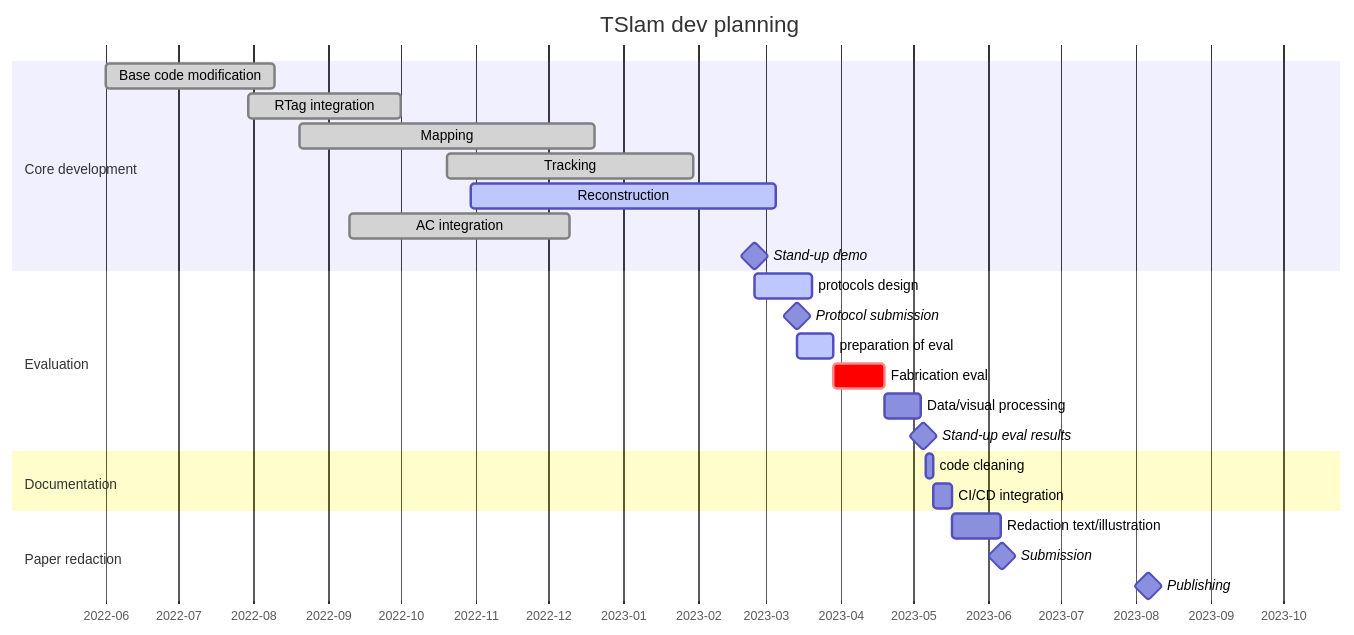
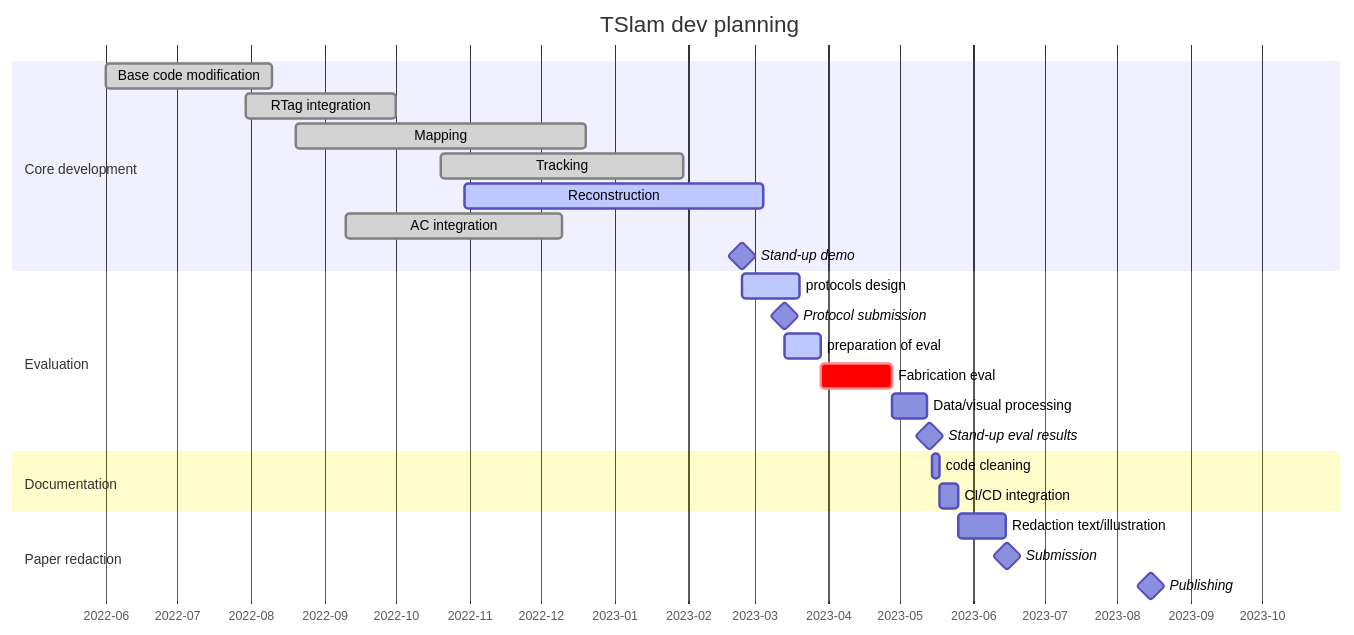
The diagram in README.md (ibois-epfl/TSlam), drawn with Mermaid before and after one commit. The commit also changed other lines of this file and 3 other files, not shown here.

````diff
--- a/README.md
+++ b/README.md
@@ -12,32 +12,32 @@
 ```mermaid
 gantt
     dateFormat  YYYY-MM-DD
     title       TSlam dev planning
     axisFormat %Y-%m
 
     section Core development
     Base code modification          :done, ucm, 2022-06-01, 2022-08-10
     RTag integration                :done, rti, 2022-07-30, 2022-10-01
     Mapping                         :done, map, 2022-08-20, 2022-12-20
     Tracking                        :done, trck, 2022-10-20, 2023-01-30
     Reconstruction                  :active, rec, 2022-10-30, 2023-03-05
     AC integration                  :done, aci, 2022-09-10, 2022-12-10
     Stand-up demo                   :milestone, 2023-02-24, 0d
 
     section Evaluation
     protocols design                :active, ptrd, 2023-02-24, 2023-03-20
     Protocol submission             :milestone, 2023-03-14, 0d
     preparation of eval             :active, 15d
-    Fabrication eval                :crit, 21d
+    Fabrication eval                :crit, 30d
     Data/visual processing          :15d
     Stand-up eval results           :milestone, 2d
 
     section Documentation
     code cleaning                   :3d
     CI/CD integration               :8d
 
     section Paper redaction
     Redaction text/illustration     :20d
     Submission                      :milestone, 1d
     Publishing                      :milestone, 120d
 ```
````
